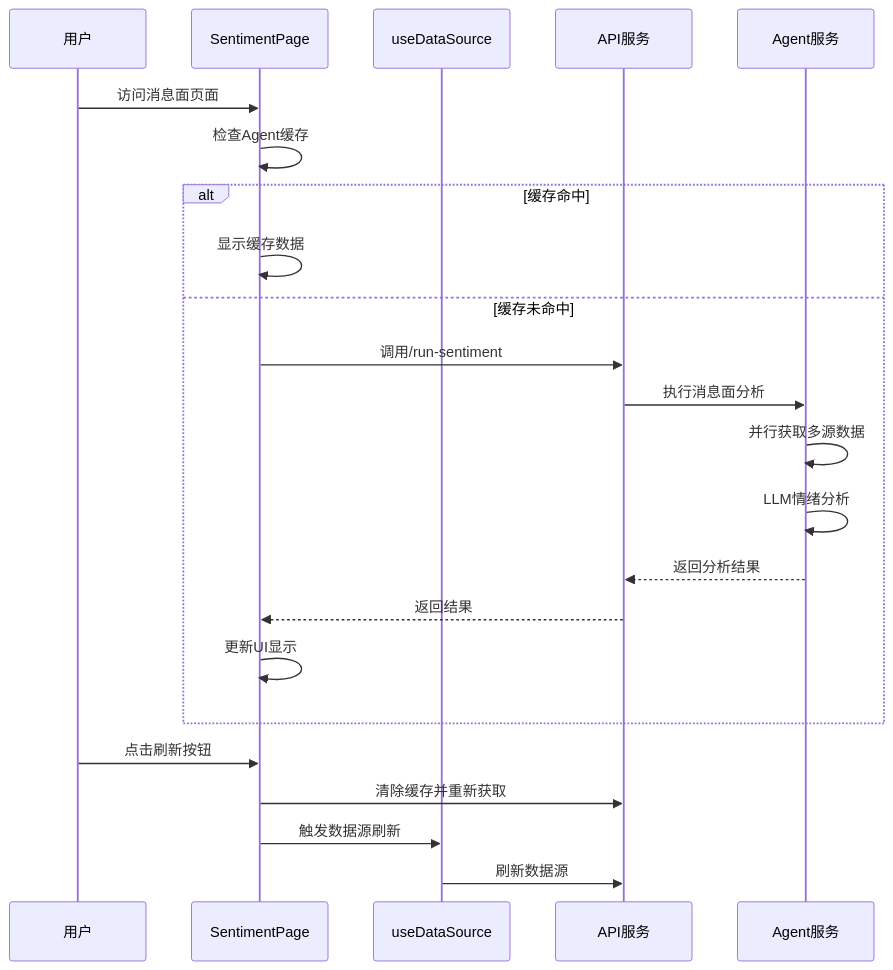
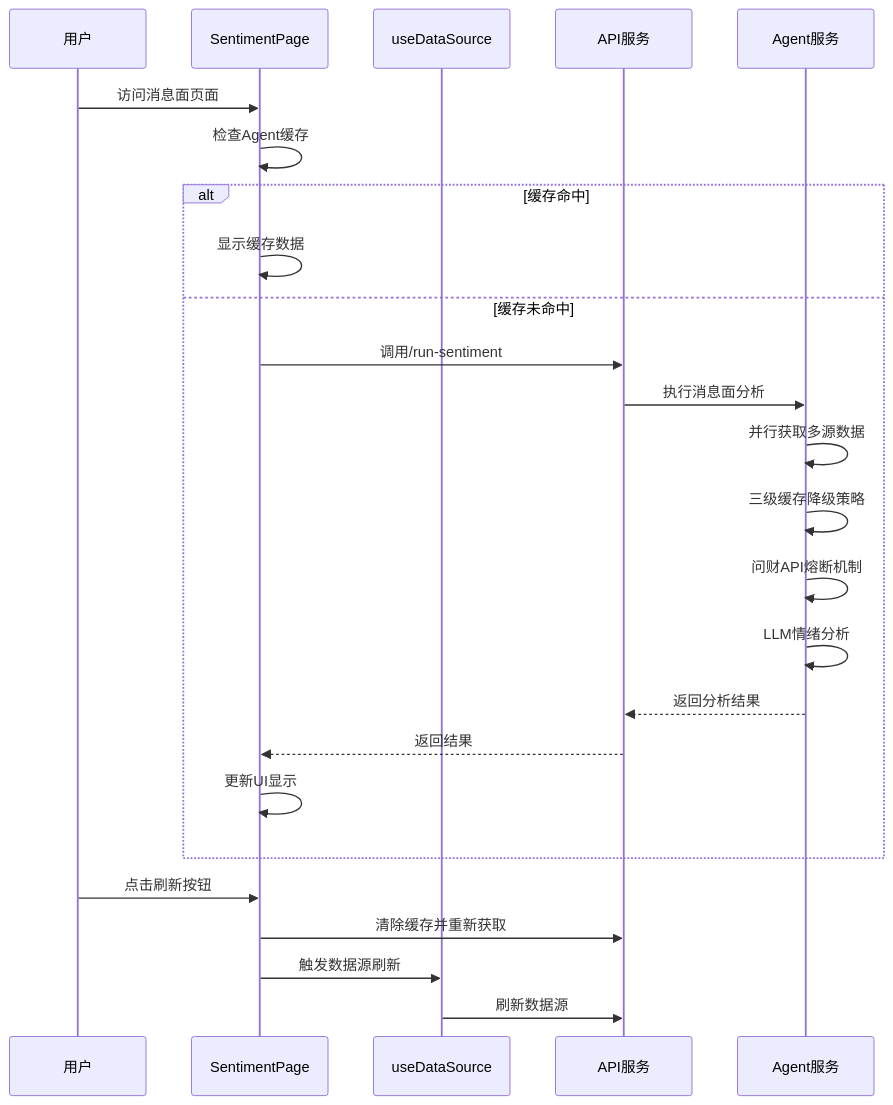
The fifth of 11 diagrams in .qoder/repowiki/zh/content/前端组件/页面组件/情绪页面增强功能.md (Moruime/stock_foker), drawn with Mermaid before and after one commit. The commit also changed other lines of this file and 22 other files, not shown here.

````diff
--- a/.qoder/repowiki/zh/content/前端组件/页面组件/情绪页面增强功能.md
+++ b/.qoder/repowiki/zh/content/前端组件/页面组件/情绪页面增强功能.md
@@ -209,25 +232,27 @@
 ```mermaid
 sequenceDiagram
 participant User as 用户
 participant Page as SentimentPage
 participant Hook as useDataSource
 participant API as API服务
 participant Agent as Agent服务
 User->>Page : 访问消息面页面
 Page->>Page : 检查Agent缓存
 alt 缓存命中
 Page->>Page : 显示缓存数据
 else 缓存未命中
 Page->>API : 调用/run-sentiment
 API->>Agent : 执行消息面分析
 Agent->>Agent : 并行获取多源数据
+Agent->>Agent : 三级缓存降级策略
+Agent->>Agent : 问财API熔断机制
 Agent->>Agent : LLM情绪分析
 Agent-->>API : 返回分析结果
 API-->>Page : 返回结果
 Page->>Page : 更新UI显示
 end
 User->>Page : 点击刷新按钮
 Page->>API : 清除缓存并重新获取
 Page->>Hook : 触发数据源刷新
 Hook->>API : 刷新数据源
 ```
````
